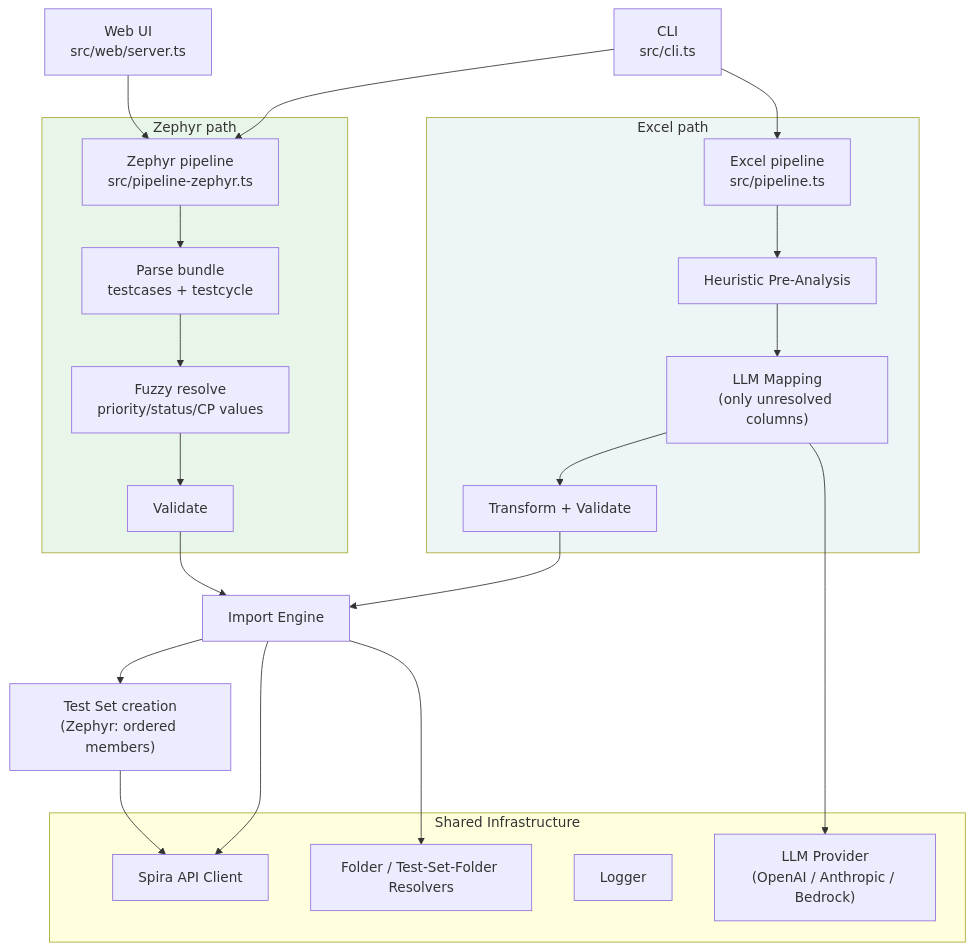
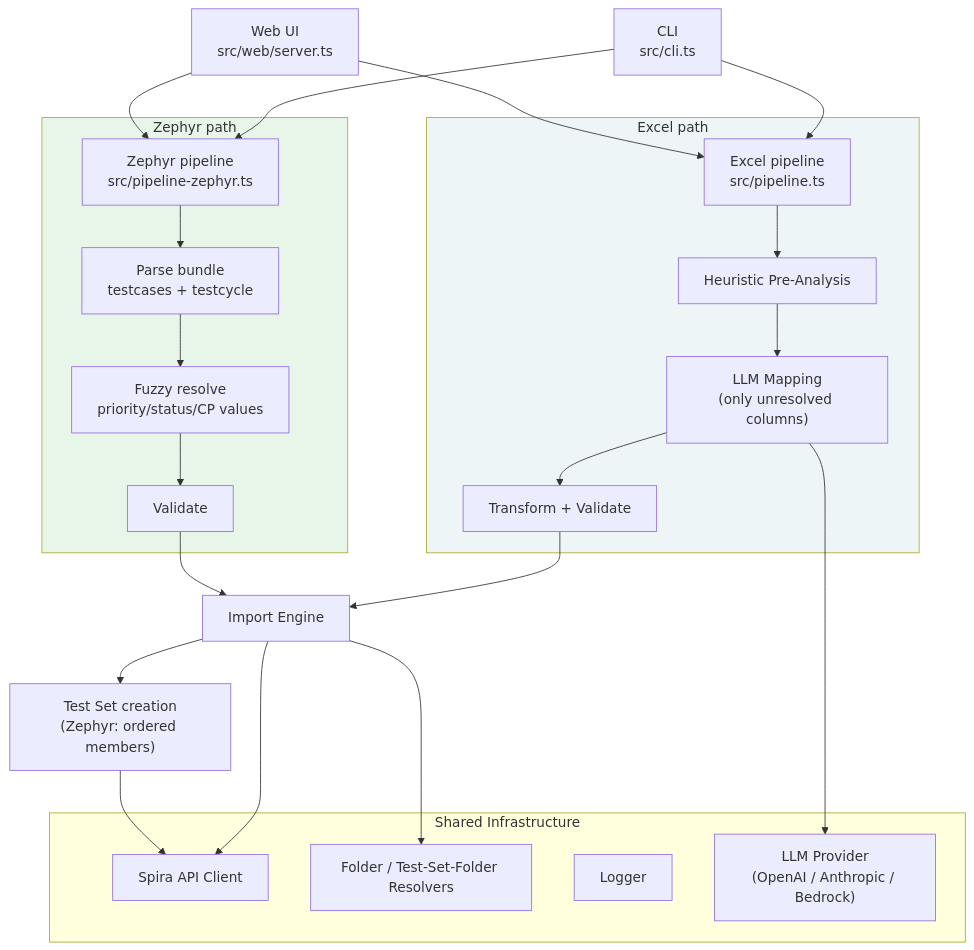
Before and after one commit to inflectra-community/utility-spira-testcase-importer: the diagram in README.md, drawn with Mermaid. The commit also changed other lines of this file, not shown here.

Commit message:
docs: README — web UI handles both Excel and Zephyr (fix stale CLI-only claims)

````diff
--- a/README.md
+++ b/README.md
@@ -197,40 +197,41 @@
 ```mermaid
 flowchart TD
     CLI["CLI<br/>src/cli.ts"]
     WEB["Web UI<br/>src/web/server.ts"]
 
     CLI --> EXCEL["Excel pipeline<br/>src/pipeline.ts"]
     CLI --> ZEPHYR["Zephyr pipeline<br/>src/pipeline-zephyr.ts"]
+    WEB --> EXCEL
     WEB --> ZEPHYR
 
     subgraph excelflow ["Excel path"]
         EXCEL --> HEUR["Heuristic Pre-Analysis"]
         HEUR --> MAP["LLM Mapping<br/>(only unresolved columns)"]
         MAP --> XT["Transform + Validate"]
     end
 
     subgraph zephyrflow ["Zephyr path"]
         ZEPHYR --> ZP["Parse bundle<br/>testcases + testcycle"]
         ZP --> ZR["Fuzzy resolve<br/>priority/status/CP values"]
         ZR --> ZV["Validate"]
     end
 
     XT --> IMPORT["Import Engine"]
     ZV --> IMPORT
     IMPORT --> TS["Test Set creation<br/>(Zephyr: ordered members)"]
 
     subgraph shared ["Shared Infrastructure"]
         SpiraClient["Spira API Client"]
         FolderResolver["Folder / Test-Set-Folder Resolvers"]
         Logger["Logger"]
         LLM["LLM Provider<br/>(OpenAI / Anthropic / Bedrock)"]
     end
 
     MAP --> LLM
     IMPORT --> FolderResolver
     IMPORT --> SpiraClient
     TS --> SpiraClient
 
     style zephyrflow fill:#e8f5e9
     style excelflow fill:#eef5f6
 ```
````
